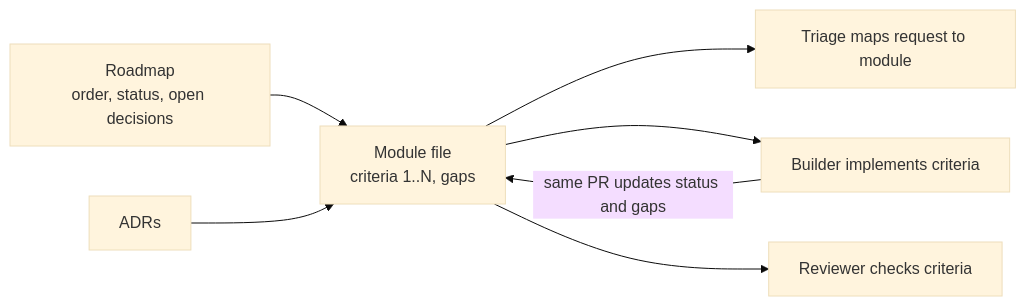
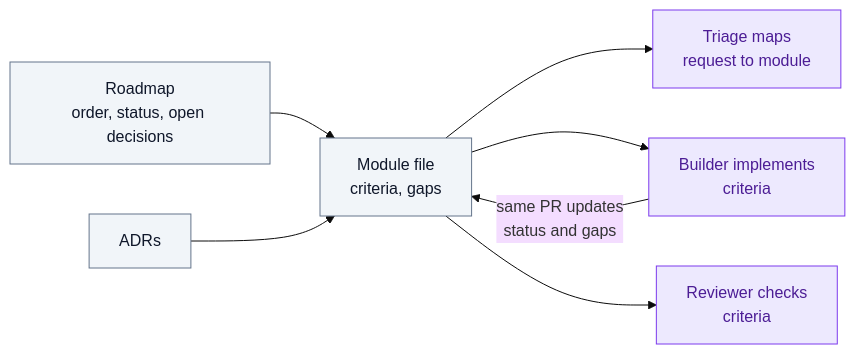
One commit to icelink-ai/software-factory-manifesto changed the diagram in docs/07-memory-and-context/agent-readable-specs.md. Above: the diagram before and after it, drawn with Mermaid (base theme). The commit also changed other lines of this file and 73 other files, not shown here.

````diff
--- a/docs/07-memory-and-context/agent-readable-specs.md
+++ b/docs/07-memory-and-context/agent-readable-specs.md
@@ -32,9 +46,14 @@
 ```mermaid
 flowchart LR
-    RM["Roadmap<br/>order, status, open decisions"] --> MOD["Module file<br/>criteria 1..N, gaps"]
-    ADR["ADRs"] --> MOD
-    MOD --> TR[Triage maps request to module]
-    MOD --> BU[Builder implements criteria]
-    MOD --> RV[Reviewer checks criteria]
-    BU -->|"same PR updates status and gaps"| MOD
+    RM["Roadmap<br/>order, status, open decisions"]:::script --> MOD["Module file<br/>criteria, gaps"]:::script
+    ADR["ADRs"]:::script --> MOD
+    MOD --> TR["Triage maps<br/>request to module"]:::agent
+    MOD --> BU["Builder implements<br/>criteria"]:::agent
+    MOD --> RV["Reviewer checks<br/>criteria"]:::agent
+    BU -->|"same PR updates<br/>status and gaps"| MOD
+    classDef person fill:#dbeafe,stroke:#2563eb,color:#1e3a8a
+    classDef script fill:#f1f5f9,stroke:#64748b,color:#0f172a
+    classDef agent fill:#ede9fe,stroke:#7c3aed,color:#4c1d95
+    classDef state fill:#dcfce7,stroke:#16a34a,color:#14532d
+    classDef stop fill:#ffedd5,stroke:#ea580c,color:#7c2d12
 ```
````
